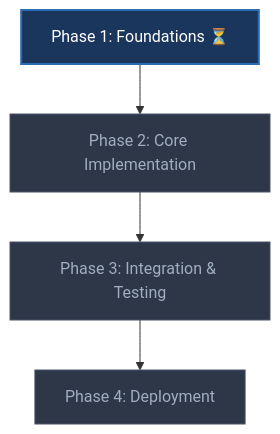
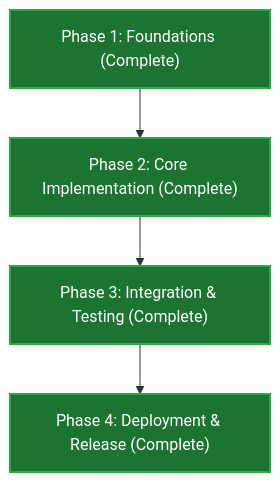
Before and after one commit to JubileeZ/alpha-zero-g: the diagram in ROADMAP.md, drawn with Mermaid. The commit also changed other lines of this file and 1 other file, not shown here.

Commit message:
docs: mark all phases as complete and update project documentation to production-ready status

````diff
--- a/ROADMAP.md
+++ b/ROADMAP.md
@@ -25,11 +20,11 @@
 ```mermaid
 flowchart TD
-    P1["Phase 1: Foundations ⏳"] --> P2["Phase 2: Core Implementation"]
-    P2 --> P3["Phase 3: Integration & Testing"]
-    P3 --> P4["Phase 4: Deployment"]
+    P1["Phase 1: Foundations (Complete)"] --> P2["Phase 2: Core Implementation (Complete)"]
+    P2 --> P3["Phase 3: Integration & Testing (Complete)"]
+    P3 --> P4["Phase 4: Deployment & Release (Complete)"]
 
-    style P1 fill:#1a365d,stroke:#2b6cb0,stroke-width:2px,color:#fff
-    style P2 fill:#2d3748,stroke:#4a5568,stroke-width:1px,color:#a0aec0
-    style P3 fill:#2d3748,stroke:#4a5568,stroke-width:1px,color:#a0aec0
-    style P4 fill:#2d3748,stroke:#4a5568,stroke-width:1px,color:#a0aec0
+    style P1 fill:#1c7430,stroke:#28a745,stroke-width:2px,color:#fff
+    style P2 fill:#1c7430,stroke:#28a745,stroke-width:2px,color:#fff
+    style P3 fill:#1c7430,stroke:#28a745,stroke-width:2px,color:#fff
+    style P4 fill:#1c7430,stroke:#28a745,stroke-width:2px,color:#fff
 ```
````
